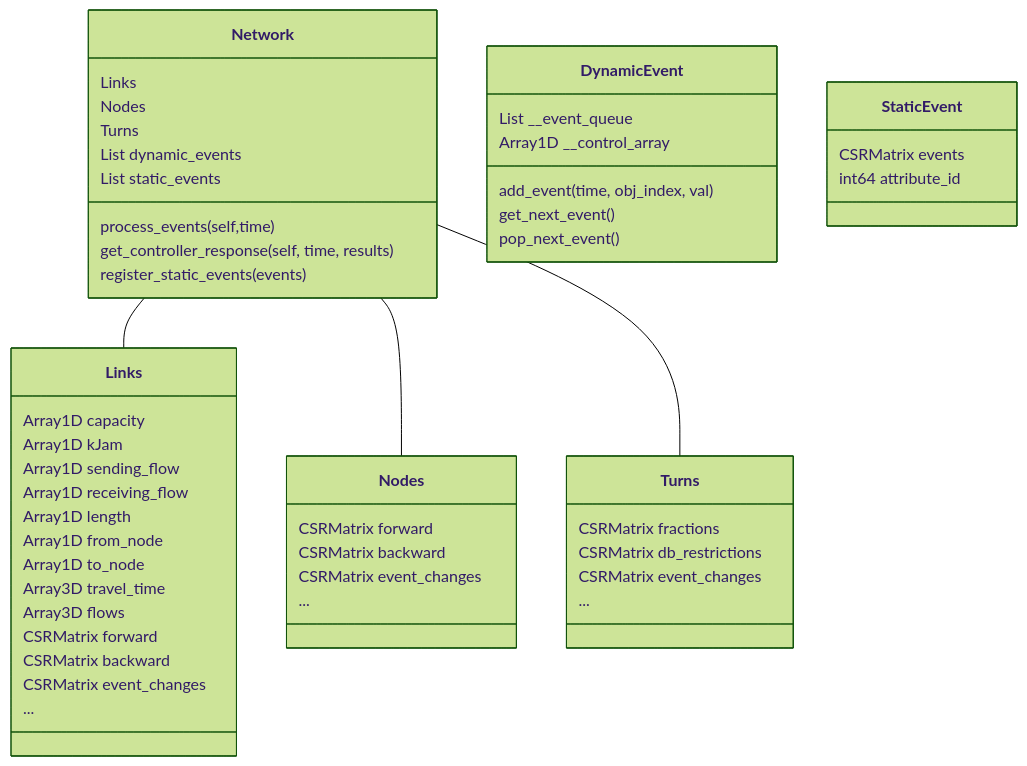
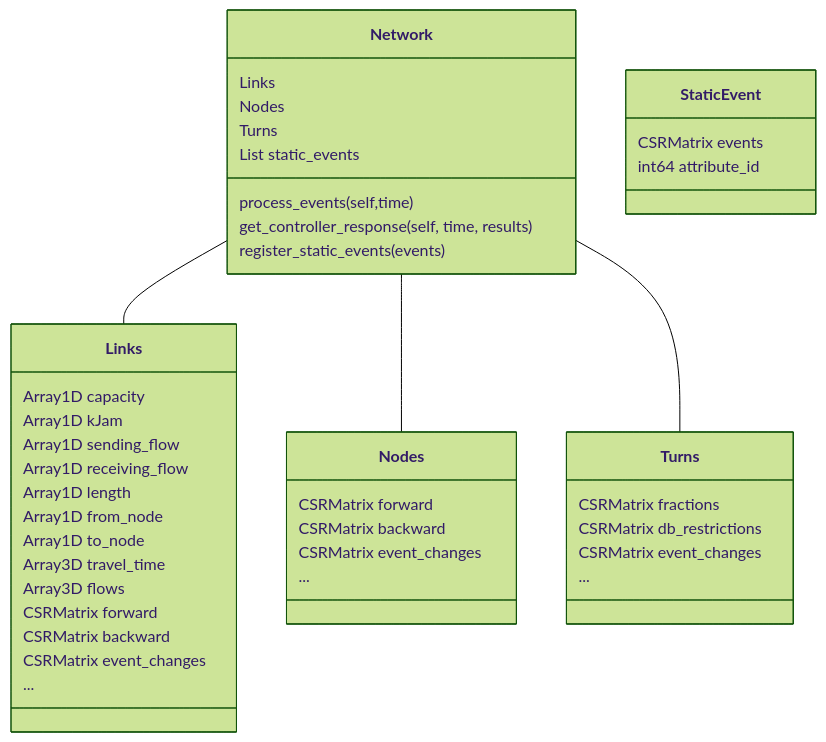
Before and after one commit to p-ortmann/dyntapy: the diagram in dtapy/core/technical.md, drawn with Mermaid (forest theme). The commit also changed other lines of this file and 1 other file, not shown here.

````diff
--- a/dtapy/core/technical.md
+++ b/dtapy/core/technical.md
@@ -5,50 +5,42 @@
 ```mermaid
 classDiagram
     Network -- Links
     Network -- Nodes
     Network -- Turns
     Network : Links
     Network : Nodes
     Network : Turns
-    Network : List <DynamicEvent> dynamic_events
     Network : List <CSRMatrix> static_events
     Network : process_events(self,time)
     Network : get_controller_response(self, time, results)
     Network : register_static_events(events)
     Links: Array1D <float64> capacity
     Links: Array1D <float64> kJam
     Links: Array1D <float64> sending_flow
     Links: Array1D <float64> receiving_flow
     Links: Array1D <float64> length
     Links: Array1D <int64> from_node
     Links: Array1D <int64> to_node
     Links: Array3D <float64> travel_time
     Links: Array3D <float64> flows
     Links: CSRMatrix <int64> forward
     Links: CSRMatrix <int64> backward
     Links: CSRMatrix <float64> event_changes
     Links: ...
-    class DynamicEvent{
-    List <Tuple> __event_queue
-    Array1D <float64> __control_array
-    add_event(time, obj_index, val)
-    get_next_event()
-    pop_next_event()
-    }
     class StaticEvent{
     CSRMatrix <float64> events
     int64 attribute_id
     }
     class Nodes{
     CSRMatrix <int64> forward
     CSRMatrix <int64> backward
     CSRMatrix <float64> event_changes
     ...
     }
     class Turns{
     CSRMatrix <float64> fractions
     CSRMatrix <bool> db_restrictions
     CSRMatrix <float64> event_changes
     ...
     }
 ```
````
